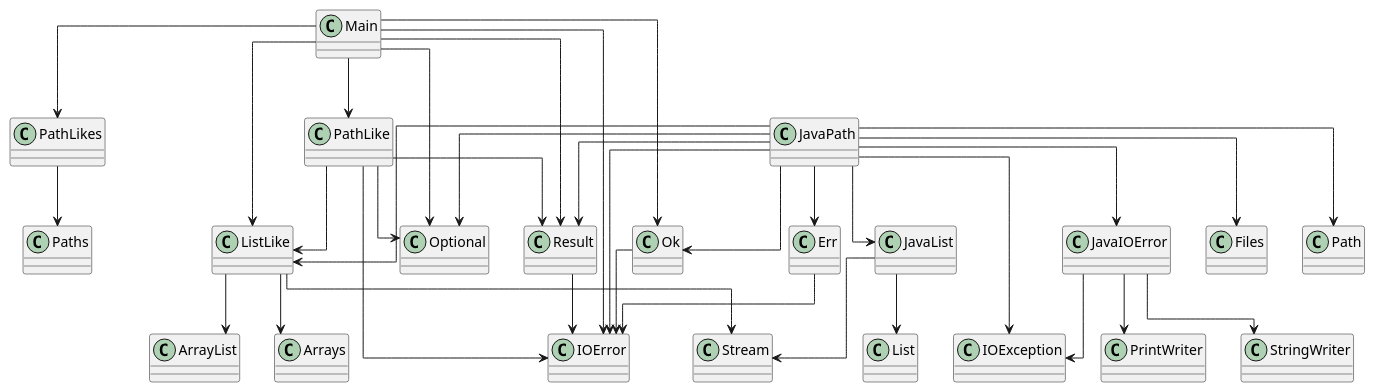
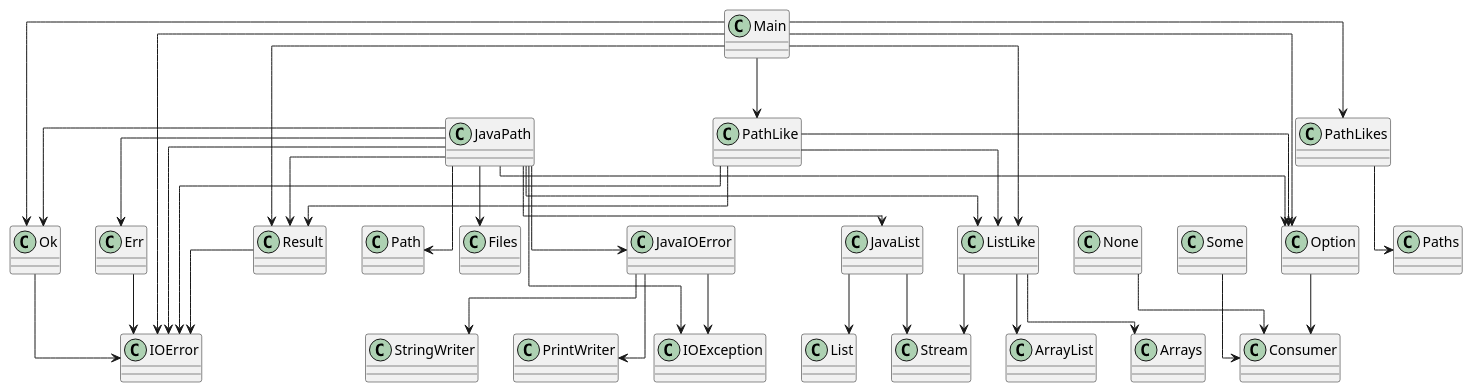
Before and after one commit to SirMathhman/Magma: the diagram in diagram.puml, drawn with PlantUML. The commit also changed 6 other files, not shown here.

```diff
--- a/diagram.puml
+++ b/diagram.puml
@@ -1,49 +1,55 @@
 @startuml
 skinparam linetype ortho
 class IOError
 class JavaIOError
 JavaIOError --> IOException
 JavaIOError --> PrintWriter
 JavaIOError --> StringWriter
 class JavaList
 JavaList --> List
 JavaList --> Stream
 class ListLike
 ListLike --> ArrayList
 ListLike --> Arrays
 ListLike --> Stream
 class Main
 Main --> IOError
 Main --> ListLike
+Main --> Option
 Main --> PathLike
 Main --> PathLikes
 Main --> Ok
 Main --> Result
-Main --> Optional
+class None
+None --> Consumer
+class Option
+Option --> Consumer
+class Some
+Some --> Consumer
 class JavaPath
+JavaPath --> IOError
+JavaPath --> JavaIOError
 JavaPath --> JavaList
 JavaPath --> ListLike
-JavaPath --> IOError
-JavaPath --> JavaIOError
 JavaPath --> Err
 JavaPath --> Ok
 JavaPath --> Result
 JavaPath --> IOException
 JavaPath --> Files
 JavaPath --> Path
-JavaPath --> Optional
+JavaPath --> Option
 class PathLike
+PathLike --> IOError
 PathLike --> ListLike
-PathLike --> IOError
 PathLike --> Result
-PathLike --> Optional
+PathLike --> Option
 class PathLikes
 PathLikes --> Paths
 class Err
 Err --> IOError
 class Ok
 Ok --> IOError
 class Result
 Result --> IOError
 
 @enduml
```
